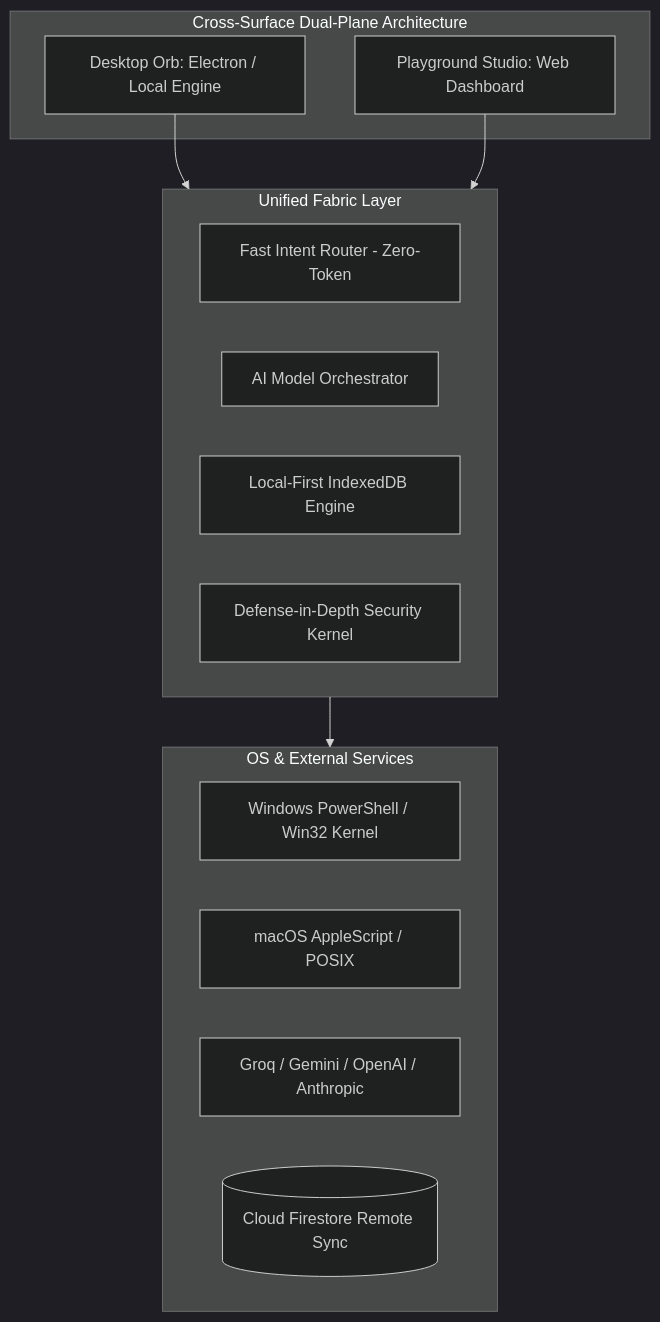
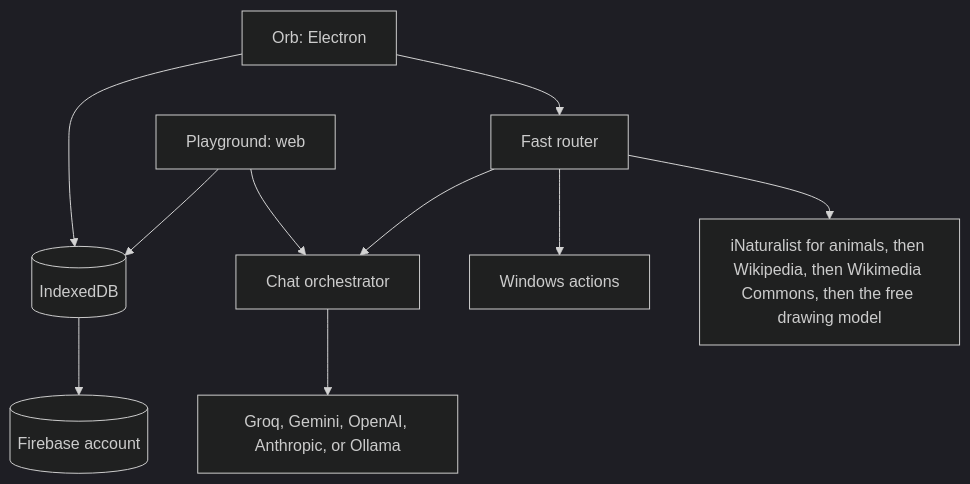
The diagram in Explanation.md (Maayank18/FloatGPT), drawn with Mermaid (dark theme) before and after one commit. The commit also changed other lines of this file and 144 other files, not shown here.

````diff
--- a/Explanation.md
+++ b/Explanation.md
@@ -32,25 +19,22 @@
 ```mermaid
 graph TD
-    subgraph Surfaces [Cross-Surface Dual-Plane Architecture]
-        Orb[Desktop Orb: Electron / Local Engine] 
-        Studio[Playground Studio: Web Dashboard]
-    end
+    Orb[Orb: Electron]
+    Playground[Playground: web]
+    Router[Fast router]
+    Orchestrator[Chat orchestrator]
+    Local[(IndexedDB)]
+    Account[(Firebase account)]
+    Windows[Windows actions]
+    Models[Groq, Gemini, OpenAI, Anthropic, or Ollama]
+    Pictures[iNaturalist for animals, then Wikipedia, then Wikimedia Commons, then the free drawing model]
 
-    subgraph Fabric [Unified Fabric Layer]
-        Router[Fast Intent Router - Zero-Token]
-        Orchestrator[AI Model Orchestrator]
-        State[Local-First IndexedDB Engine]
-        Security[Defense-in-Depth Security Kernel]
-    end
-
-    subgraph Execution [OS & External Services]
-        PS[Windows PowerShell / Win32 Kernel]
-        Mac[macOS AppleScript / POSIX]
-        Cloud[Groq / Gemini / OpenAI / Anthropic]
-        Firebase[(Cloud Firestore Remote Sync)]
-    end
-
-    Orb --> Fabric
-    Studio --> Fabric
-    Fabric --> Execution
+    Orb --> Router
+    Playground --> Orchestrator
+    Router --> Windows
+    Router --> Pictures
+    Router --> Orchestrator
+    Orchestrator --> Models
+    Orb --> Local
+    Playground --> Local
+    Local --> Account
 ```
````
